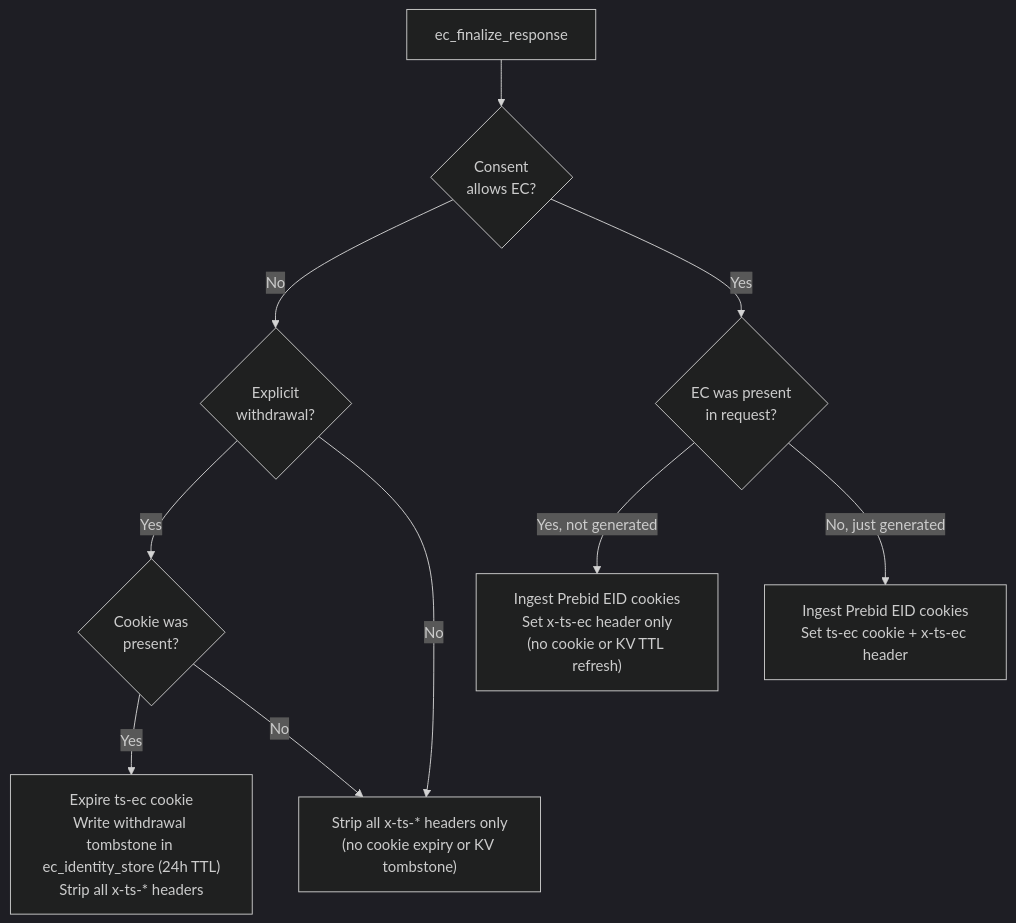
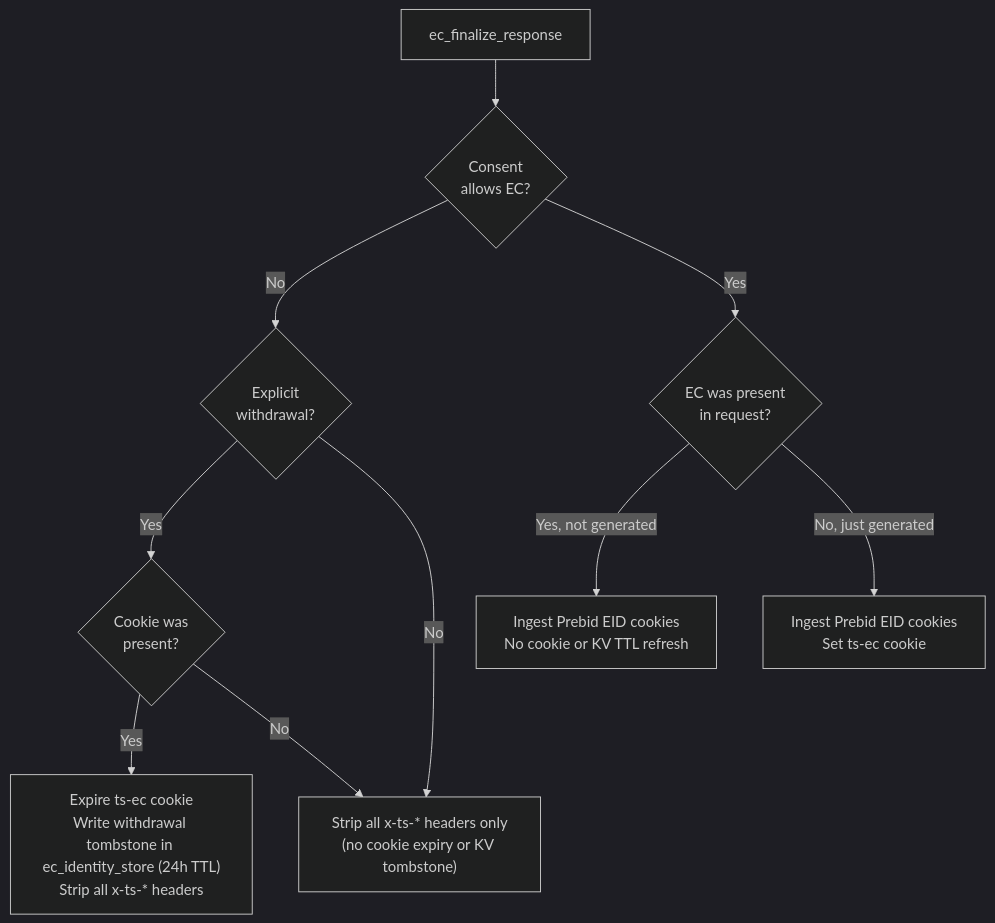
One commit to IABTechLab/trusted-server changed the second of 6 diagrams in docs/guide/edge-cookies.md. Above: the diagram before and after it, drawn with Mermaid (dark theme). The commit also changed other lines of this file and 13 other files, not shown here.

````diff
--- a/docs/guide/edge-cookies.md
+++ b/docs/guide/edge-cookies.md
@@ -55,14 +55,14 @@
 ```mermaid
 flowchart TD
     Start[ec_finalize_response] --> ConsentCheck{Consent<br/>allows EC?}
 
     ConsentCheck -- "No" --> ExplicitWithdrawal{Explicit<br/>withdrawal?}
     ExplicitWithdrawal -- "Yes" --> CookiePresent{Cookie was<br/>present?}
     CookiePresent -- "Yes" --> Withdraw["Expire ts-ec cookie<br/>Write withdrawal tombstone in ec_identity_store (24h TTL)<br/>Strip all x-ts-* headers"]
     CookiePresent -- "No" --> HeaderOnly["Strip all x-ts-* headers only<br/>(no cookie expiry or KV tombstone)"]
     ExplicitWithdrawal -- "No" --> HeaderOnly
 
     ConsentCheck -- "Yes" --> WasPresent{EC was present<br/>in request?}
-    WasPresent -- "Yes, not generated" --> Returning["Ingest Prebid EID cookies<br/>Set x-ts-ec header only<br/>(no cookie or KV TTL refresh)"]
-    WasPresent -- "No, just generated" --> NewEc["Ingest Prebid EID cookies<br/>Set ts-ec cookie + x-ts-ec header"]
+    WasPresent -- "Yes, not generated" --> Returning["Ingest Prebid EID cookies<br/>No cookie or KV TTL refresh"]
+    WasPresent -- "No, just generated" --> NewEc["Ingest Prebid EID cookies<br/>Set ts-ec cookie"]
 ```
````
